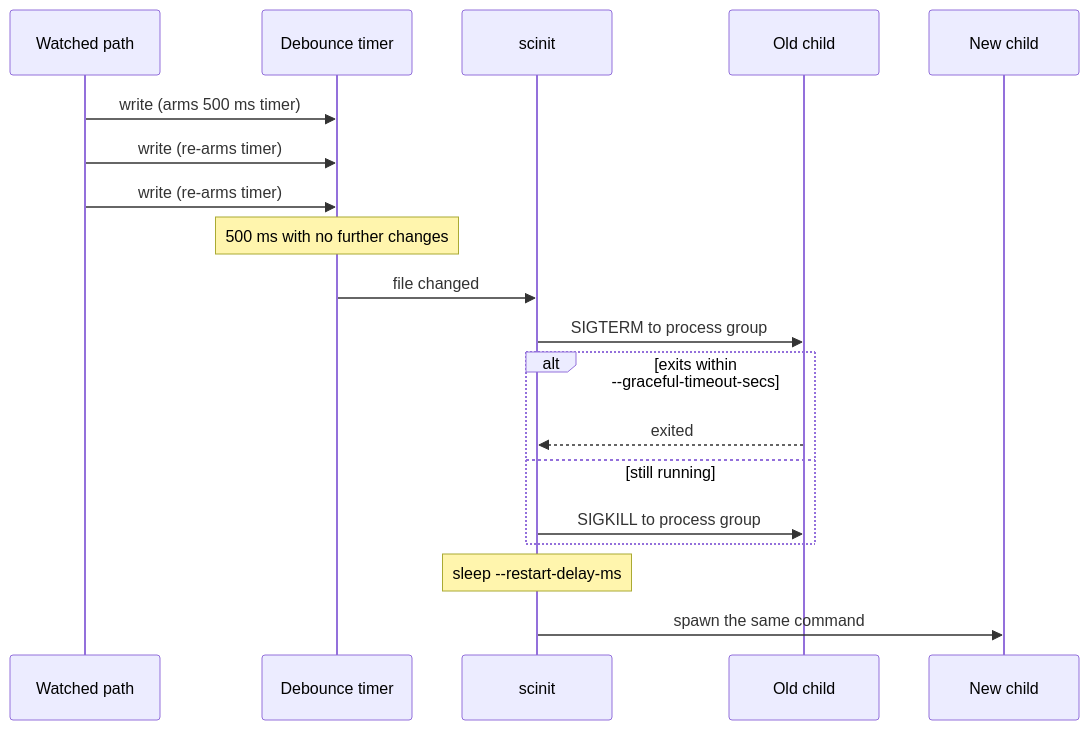
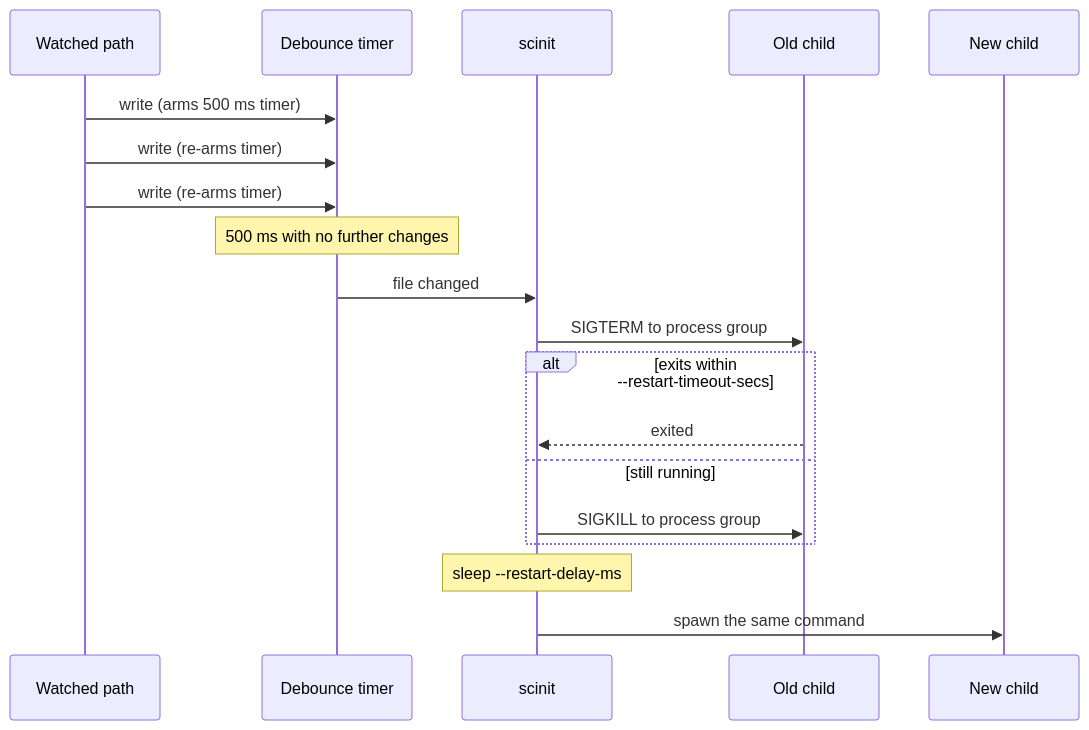
Before and after one commit to divoxx/scinit: the diagram in docs/guides/live-reload.md, drawn with Mermaid. The commit also changed other lines of this file and 16 other files, not shown here.

First line of the commit message:
Default the graceful timeout by runtime; add restart timeout

````diff
--- a/docs/guides/live-reload.md
+++ b/docs/guides/live-reload.md
@@ -17,22 +17,22 @@
 ```mermaid
 sequenceDiagram
     participant FS as Watched path
     participant W as Debounce timer
     participant S as scinit
     participant Old as Old child
     participant New as New child
 
     FS->>W: write (arms 500 ms timer)
     FS->>W: write (re-arms timer)
     FS->>W: write (re-arms timer)
     Note over W: 500 ms with no further changes
     W->>S: file changed
     S->>Old: SIGTERM to process group
-    alt exits within --graceful-timeout-secs
+    alt exits within --restart-timeout-secs
         Old-->>S: exited
     else still running
         S->>Old: SIGKILL to process group
     end
     Note over S: sleep --restart-delay-ms
     S->>New: spawn the same command
 ```
````
